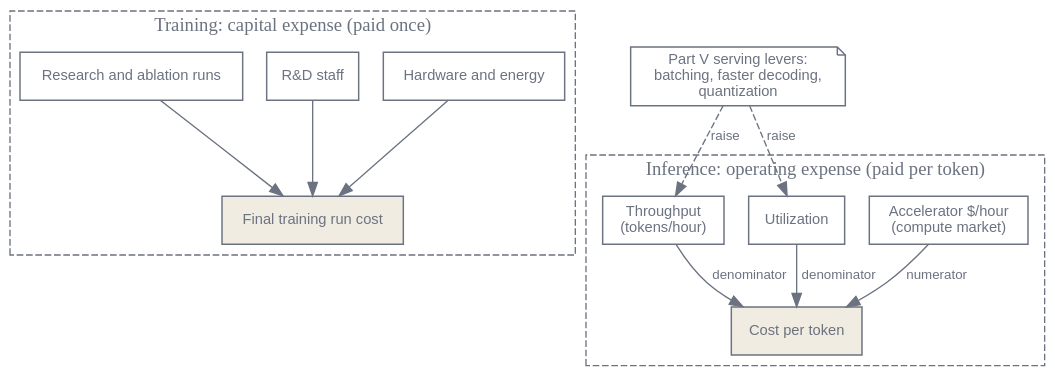
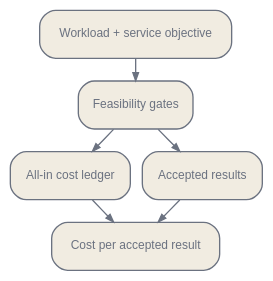
One commit to latere-ai/ai-as-an-infrastructure changed the first of 2 diagrams in en/ecosystem/04-economics.qmd. Above: the diagram before and after it, drawn with Graphviz. The commit also changed other lines of this file and 4 other files, not shown here.

Commit message:
docs: rewrite compute economics

````diff
--- a/en/ecosystem/04-economics.qmd
+++ b/en/ecosystem/04-economics.qmd
@@ -76,42 +46,24 @@
 ```{dot}
-//| label: fig-economics-cost-structures
-//| fig-cap: "The two cost structures decomposed. Training is a sum of one-time parts paid before any value returns. Inference is a per-token ratio, and the denominator is what the serving stack attacks."
-digraph cost_structures {
+//| label: fig-economics-ledger
+//| fig-cap: "Unit economics begins with a comparable operating contract. Each feasible candidate receives the same all-in ledger, and cost is divided by accepted results rather than raw calls or advertised tokens."
+digraph economics_ledger {
   bgcolor="transparent";
   rankdir=TB;
-  node [shape=box, fontname="Helvetica", fontsize=11, color="#6b7280", fontcolor="#6b7280", penwidth=1.1];
-  edge [fontname="Helvetica", fontsize=10, color="#6b7280", fontcolor="#6b7280"];
-
-  subgraph cluster_capex {
-    label="Training: capital expense (paid once)";
-    style=dashed;
-    color="#6b7280";
-    fontcolor="#6b7280";
-    train [label="Final training run cost", shape=box, style=filled, fillcolor="#f1ece1"];
-    hw [label="Hardware and energy"];
-    rnd [label="R&D staff"];
-    abl [label="Research and ablation runs"];
-    hw -> train;
-    rnd -> train;
-    abl -> train;
-  }
-
-  subgraph cluster_opex {
-    label="Inference: operating expense (paid per token)";
-    style=dashed;
-    color="#6b7280";
-    fontcolor="#6b7280";
-    unit [label="Cost per token", shape=box, style=filled, fillcolor="#f1ece1"];
-    price [label="Accelerator $/hour\n(compute market)"];
-    thr [label="Throughput\n(tokens/hour)"];
-    util [label="Utilization"];
-    price -> unit [label="numerator"];
-    thr -> unit [label="denominator"];
-    util -> unit [label="denominator"];
-  }
-
-  lever [label="Part V serving levers:\nbatching, faster decoding,\nquantization", shape=note];
-  lever -> thr [style=dashed, label="raise"];
-  lever -> util [style=dashed, label="raise"];
+  nodesep=0.12;
+  ranksep=0.24;
+  node [shape=box, style="rounded,filled", fontname="Helvetica", fontsize=9,
+        color="#6b7280", fontcolor="#6b7280", fillcolor="#f1ece1",
+        margin="0.10,0.07"];
+  edge [color="#6b7280", fontcolor="#6b7280", fontname="Helvetica",
+        fontsize=8, arrowsize=0.6];
+  W [label="Workload + service objective"];
+  G [label="Feasibility gates"];
+  L [label="All-in cost ledger"];
+  A [label="Accepted results"];
+  U [label="Cost per accepted result"];
+  W -> G -> L;
+  G -> A;
+  L -> U;
+  A -> U;
 }
 ```
````
